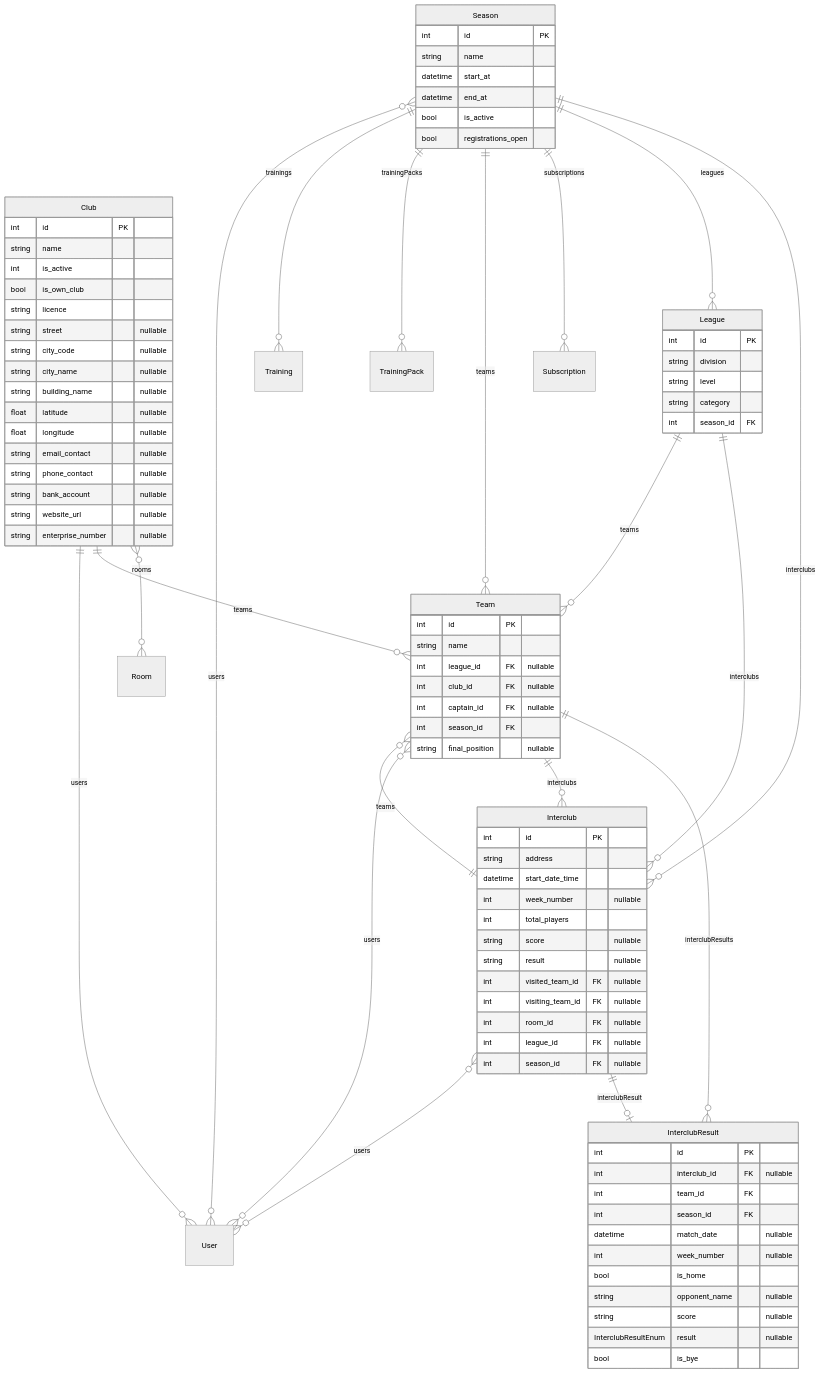
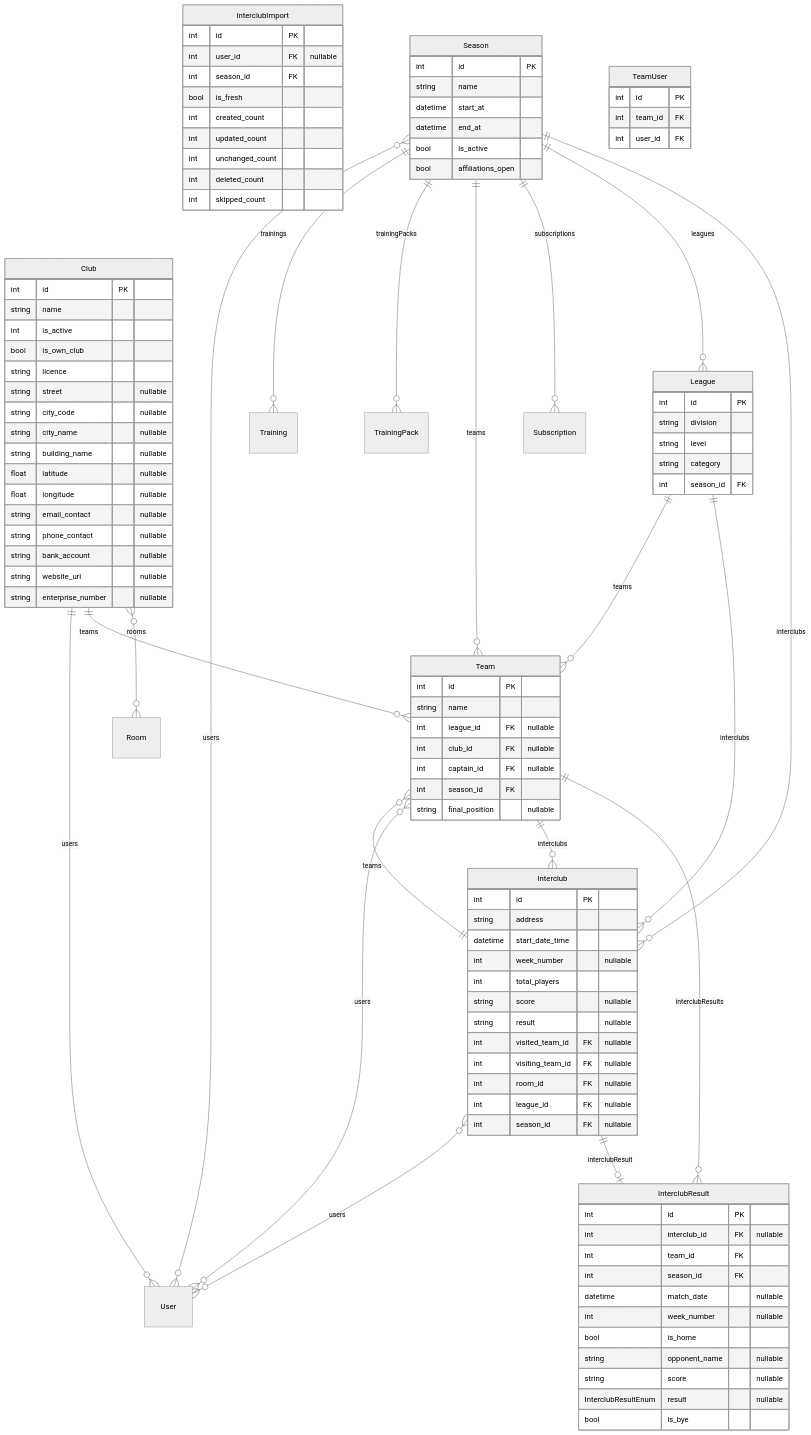
Before and after one commit to Paupoo/tabletennisclub-app: the diagram in docs/erd/competitions-interclub.md, drawn with Mermaid (neutral theme). The commit also changed 7 other files, not shown here.

First line of the commit message:
chore(docs): regenerate the ERD, drift included

```diff
--- a/docs/erd/competitions-interclub.md
+++ b/docs/erd/competitions-interclub.md
@@ -34,6 +34,17 @@
         int league_id FK "nullable"
         int season_id FK "nullable"
     }
+    InterclubImport {
+        int id PK
+        int user_id FK "nullable"
+        int season_id FK
+        bool is_fresh
+        int created_count
+        int updated_count
+        int unchanged_count
+        int deleted_count
+        int skipped_count
+    }
     InterclubResult {
         int id PK
         int interclub_id FK "nullable"
@@ -60,7 +71,7 @@
         datetime start_at
         datetime end_at
         bool is_active
-        bool registrations_open
+        bool affiliations_open
     }
     Team {
         int id PK
@@ -70,6 +81,11 @@
         int captain_id FK "nullable"
         int season_id FK
         string final_position "nullable"
+    }
+    TeamUser {
+        int id PK
+        int team_id FK
+        int user_id FK
     }
 
     Club }o--o{ Room : "rooms"
```
